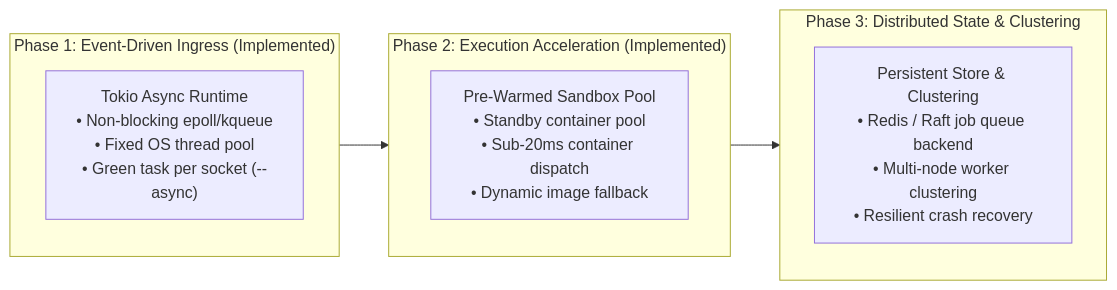
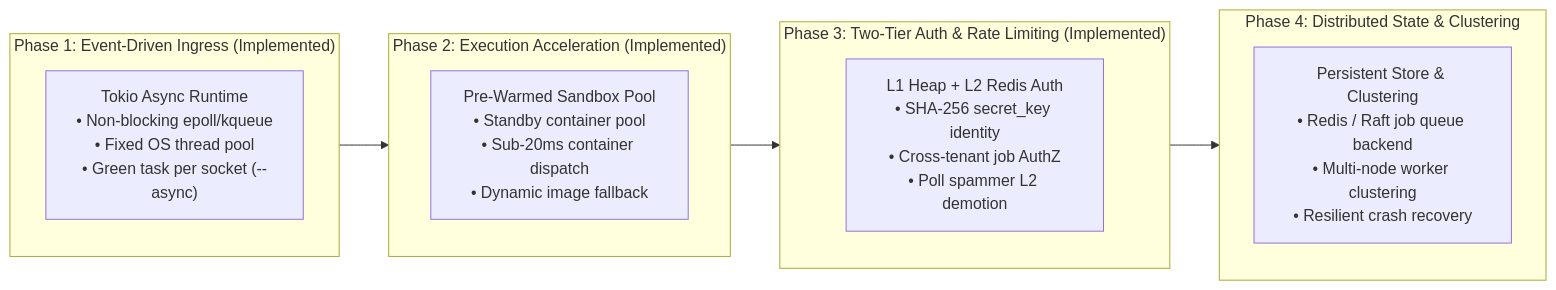
One commit to Chinmay-Mahajan/Distributed_Job_system_non_blocking changed the second of 2 diagrams in README.md. Above: the diagram before and after it, drawn with Mermaid. The commit also changed other lines of this file and 14 other files, not shown here.

````diff
--- a/README.md
+++ b/README.md
@@ -145,16 +164,20 @@
 ```mermaid
 flowchart LR
     subgraph Milestone1["Phase 1: Event-Driven Ingress (Implemented)"]
         M1["Tokio Async Runtime<br/>• Non-blocking epoll/kqueue<br/>• Fixed OS thread pool<br/>• Green task per socket (--async)"]
     end
 
     subgraph Milestone2["Phase 2: Execution Acceleration (Implemented)"]
         M2["Pre-Warmed Sandbox Pool<br/>• Standby container pool<br/>• Sub-20ms container dispatch<br/>• Dynamic image fallback"]
     end
 
-    subgraph Milestone3["Phase 3: Distributed State & Clustering"]
-        M3["Persistent Store & Clustering<br/>• Redis / Raft job queue backend<br/>• Multi-node worker clustering<br/>• Resilient crash recovery"]
+    subgraph Milestone3["Phase 3: Two-Tier Auth & Rate Limiting (Implemented)"]
+        M3["L1 Heap + L2 Redis Auth<br/>• SHA-256 secret_key identity<br/>• Cross-tenant job AuthZ<br/>• Poll spammer L2 demotion"]
     end
 
-    Milestone1 --> Milestone2 --> Milestone3
+    subgraph Milestone4["Phase 4: Distributed State & Clustering"]
+        M4["Persistent Store & Clustering<br/>• Redis / Raft job queue backend<br/>• Multi-node worker clustering<br/>• Resilient crash recovery"]
+    end
+
+    Milestone1 --> Milestone2 --> Milestone3 --> Milestone4
 ```
````
